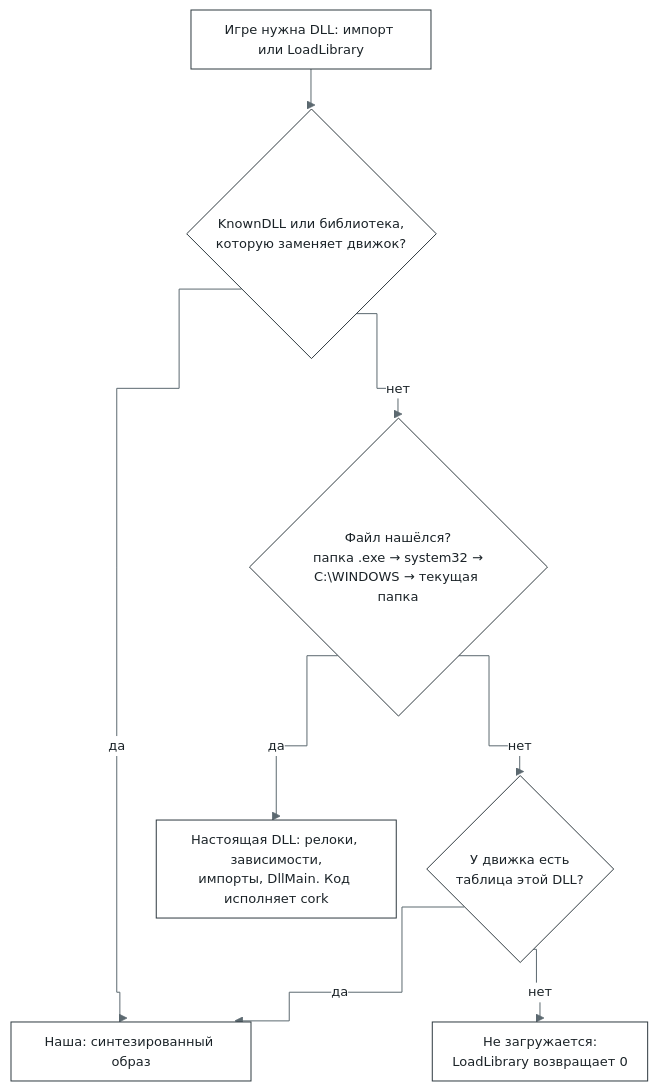
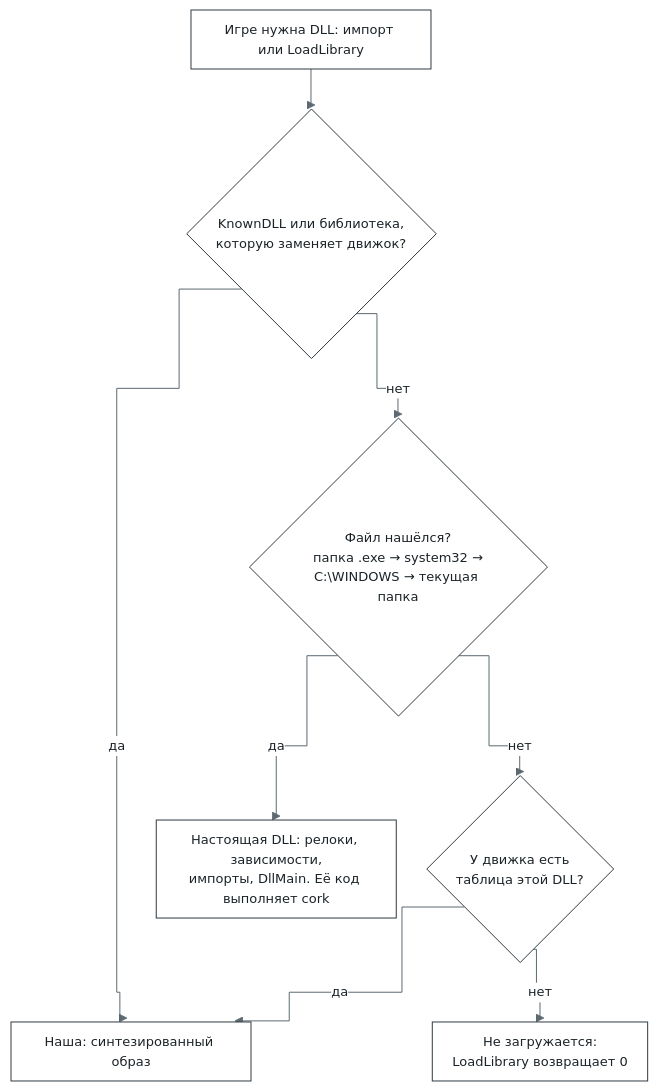
The eighth of 12 diagrams in docs/architecture.ru.md (bottlify/bottlify), drawn with Mermaid before and after one commit. The commit also changed other lines of this file, not shown here.

````diff
--- a/docs/architecture.ru.md
+++ b/docs/architecture.ru.md
@@ -405,11 +418,11 @@
 ```mermaid
 %%{init: {"theme": "base", "flowchart": {"curve": "step", "nodeSpacing": 30, "rankSpacing": 40, "padding": 10}, "themeVariables": {"fontFamily": "Inter, Segoe UI, Helvetica, Arial, sans-serif", "fontSize": "13px", "primaryColor": "#FFFFFF", "primaryBorderColor": "#2F3A40", "primaryTextColor": "#1B2328", "lineColor": "#5C6970", "clusterBkg": "#F3F5F6", "clusterBorder": "#9AA6AC", "edgeLabelBackground": "#FFFFFF"}}}%%
 flowchart TD
   A["Игре нужна DLL: импорт или LoadLibrary"] --> B{"KnownDLL или библиотека,<br/>которую заменяет движок?"}
   B -->|"да"| OUR["Наша: синтезированный образ"]
   B -->|"нет"| C{"Файл нашёлся?<br/>папка .exe → system32 →<br/>C:\WINDOWS → текущая папка"}
-  C -->|"да"| REAL["Настоящая DLL: релоки, зависимости,<br/>импорты, DllMain. Код исполняет cork"]
+  C -->|"да"| REAL["Настоящая DLL: релоки, зависимости,<br/>импорты, DllMain. Её код выполняет cork"]
   C -->|"нет"| D{"У движка есть<br/>таблица этой DLL?"}
   D -->|"да"| OUR
   D -->|"нет"| X["Не загружается:<br/>LoadLibrary возвращает 0"]
 ```
````
